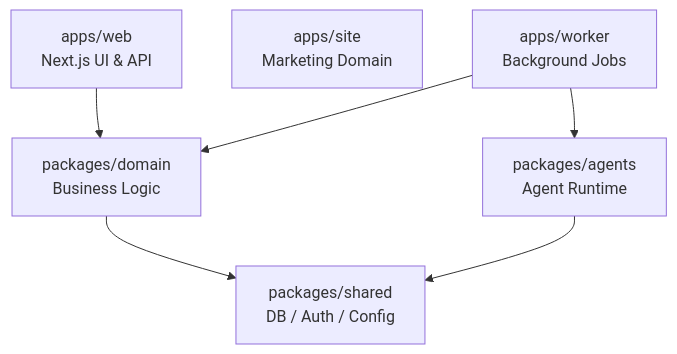
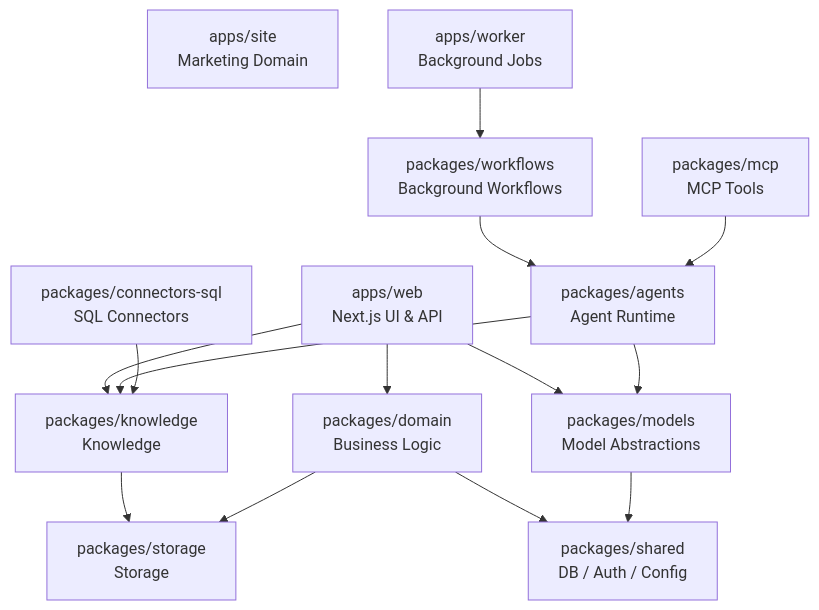
The diagram in README.md (Corgtexdotcom/corgtex), drawn with Mermaid before and after one commit. The commit also changed other lines of this file, not shown here.

Commit message:
docs: complete README workspace architecture diagram

````diff
--- a/README.md
+++ b/README.md
@@ -18,16 +18,30 @@
 ```mermaid
 graph TB
   APP_WEB[apps/web<br/>Next.js UI & API]
   APP_SITE[apps/site<br/>Marketing Domain]
   APP_WORKER[apps/worker<br/>Background Jobs]
 
   PKG_DOMAIN[packages/domain<br/>Business Logic]
   PKG_AGENTS[packages/agents<br/>Agent Runtime]
+  PKG_CONNECTORS_SQL[packages/connectors-sql<br/>SQL Connectors]
+  PKG_KNOWLEDGE[packages/knowledge<br/>Knowledge]
+  PKG_MCP[packages/mcp<br/>MCP Tools]
+  PKG_MODELS[packages/models<br/>Model Abstractions]
   PKG_SHARED[packages/shared<br/>DB / Auth / Config]
+  PKG_STORAGE[packages/storage<br/>Storage]
+  PKG_WORKFLOWS[packages/workflows<br/>Background Workflows]
 
   APP_WEB --> PKG_DOMAIN
-  APP_WORKER --> PKG_DOMAIN
+  APP_WEB --> PKG_KNOWLEDGE
+  APP_WEB --> PKG_MODELS
+  APP_WORKER --> PKG_WORKFLOWS
+  PKG_WORKFLOWS --> PKG_AGENTS
+  PKG_AGENTS --> PKG_KNOWLEDGE
+  PKG_AGENTS --> PKG_MODELS
+  PKG_CONNECTORS_SQL --> PKG_KNOWLEDGE
+  PKG_MCP --> PKG_AGENTS
+  PKG_KNOWLEDGE --> PKG_STORAGE
   PKG_DOMAIN --> PKG_SHARED
-  PKG_AGENTS --> PKG_SHARED
-  APP_WORKER --> PKG_AGENTS
+  PKG_DOMAIN --> PKG_STORAGE
+  PKG_MODELS --> PKG_SHARED
 ```
````
